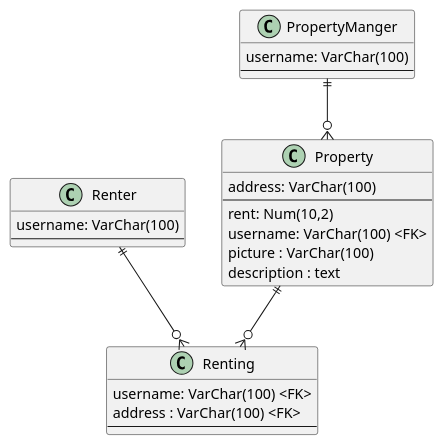
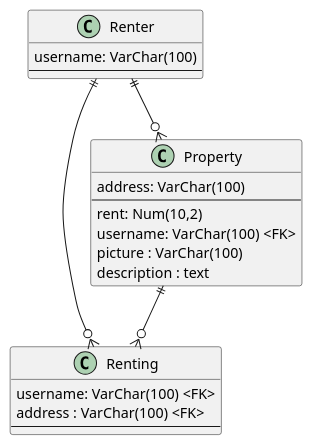
One commit to TheFifthNinja/PropertySleeze changed the diagram in sql/ERD.puml. Above: the diagram before and after it, drawn with PlantUML. The commit also changed 10 other files, not shown here.

```diff
--- a/sql/ERD.puml
+++ b/sql/ERD.puml
@@ -1,39 +1,27 @@
 @startuml
-
-class Renter{
-    username: VarChar(100)
-    --
-}
 
 class Renting{
     username: VarChar(100) <FK>
     address : VarChar(100) <FK>
     --
 }
 
 class Property{
  address: VarChar(100)
  --
  rent: Num(10,2)
  username: VarChar(100) <FK>
  picture : VarChar(100)
  description : text
 }
 
-class PropertyManger{
+class Renter{
  username: VarChar(100)
- --
+--
 }
 Renter ||--o{ Renting
+Renter ||--o{ Property
 Property ||--o{ Renting
-PropertyManger ||--o{ Property
 
 
-'class User{
-' username: VarChar(100)
-'--
-'}
-'User ||--o{ Renting
-'User ||--o{ Property
-
 @enduml
```
